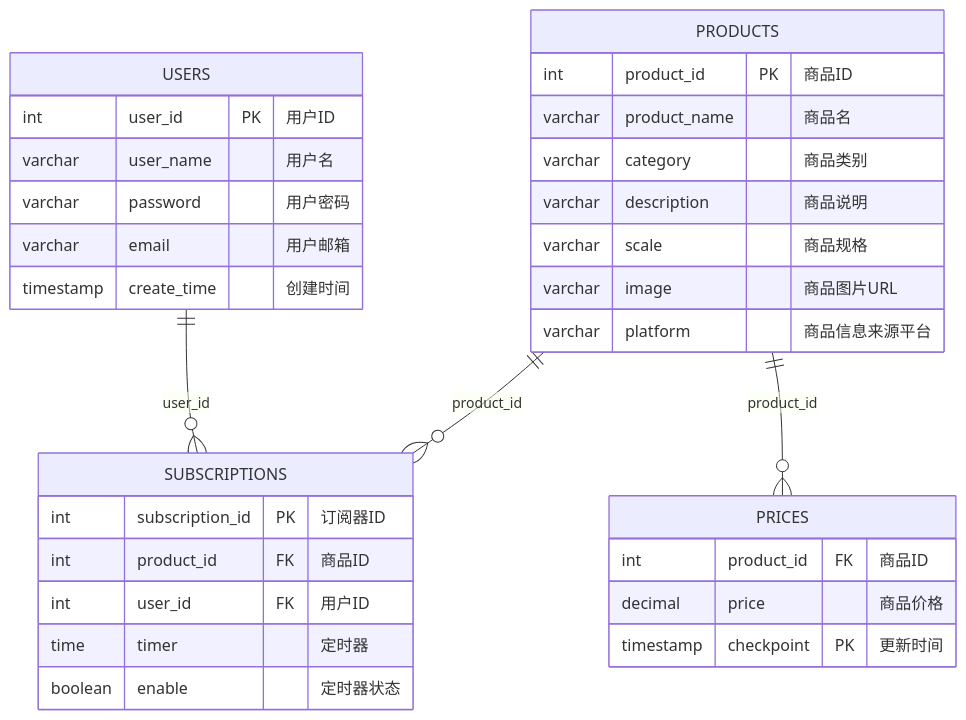
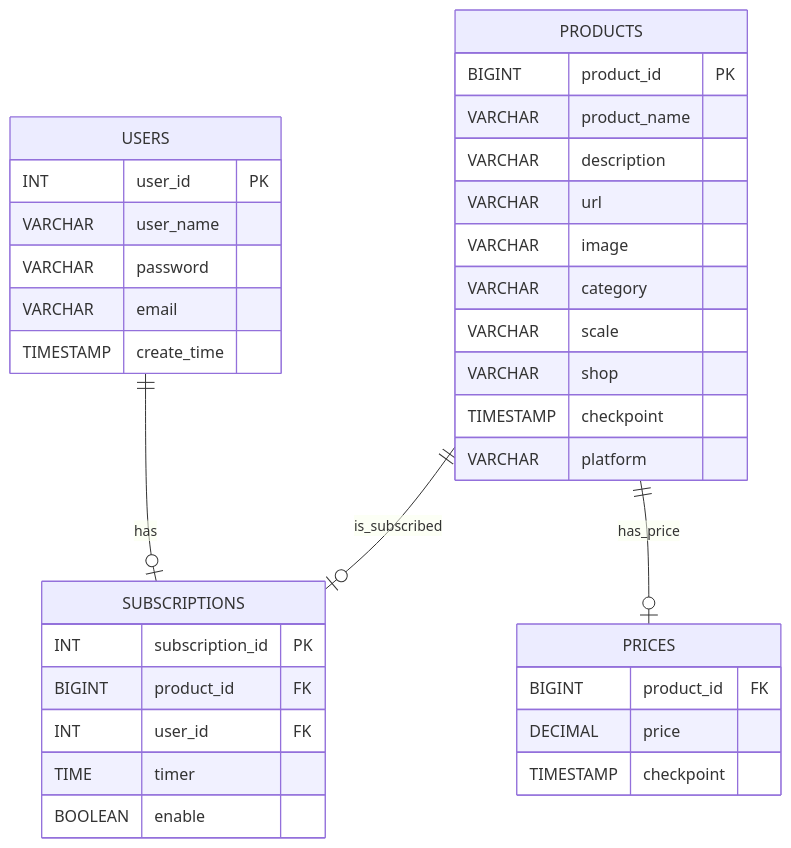
The second of 2 diagrams in docs/Design.md (lEEExp3rt/ZJU-BS-SYSTEM-PROJECT), drawn with Mermaid before and after one commit. The commit also changed other lines of this file and 21 other files, not shown here.

````diff
--- a/docs/Design.md
+++ b/docs/Design.md
@@ -185,40 +193,39 @@
 ```mermaid
 erDiagram
     USERS {
-        int user_id PK "用户ID"
-        varchar user_name "用户名"
-        varchar password "用户密码"
-        varchar email "用户邮箱"
-        timestamp create_time "创建时间"
+        INT user_id PK
+        VARCHAR user_name
+        VARCHAR password
+        VARCHAR email
+        TIMESTAMP create_time
+    }
+    PRODUCTS {
+        BIGINT product_id PK
+        VARCHAR product_name
+        VARCHAR description
+        VARCHAR url
+        VARCHAR image
+        VARCHAR category
+        VARCHAR scale
+        VARCHAR shop
+        TIMESTAMP checkpoint
+        VARCHAR platform
+    }
+    PRICES {
+        BIGINT product_id FK
+        DECIMAL price
+        TIMESTAMP checkpoint
+    }
+    SUBSCRIPTIONS {
+        INT subscription_id PK
+        BIGINT product_id FK
+        INT user_id FK
+        TIME timer
+        BOOLEAN enable
     }
 
-    PRODUCTS {
-        int product_id PK "商品ID"
-        varchar product_name "商品名"
-        varchar category "商品类别"
-        varchar description "商品说明"
-        varchar scale "商品规格"
-        varchar image "商品图片URL"
-        varchar platform "商品信息来源平台"
-    }
-
-    PRICES {
-        int product_id FK "商品ID"
-        decimal price "商品价格"
-        timestamp checkpoint PK "更新时间"
-    }
-
-    SUBSCRIPTIONS {
-        int subscription_id PK "订阅器ID"
-        int product_id FK "商品ID"
-        int user_id FK "用户ID"
-        time timer "定时器"
-        boolean enable "定时器状态"
-    }
-
-    %% 定义关系
-    USERS ||--o{ SUBSCRIPTIONS : "user_id"
-    PRODUCTS ||--o{ SUBSCRIPTIONS : "product_id"
-    PRODUCTS ||--o{ PRICES : "product_id"
+    USERS ||--o| SUBSCRIPTIONS : has
+    PRODUCTS ||--o| SUBSCRIPTIONS : is_subscribed
+    PRODUCTS ||--o| PRICES : has_price
 
 ```
````
